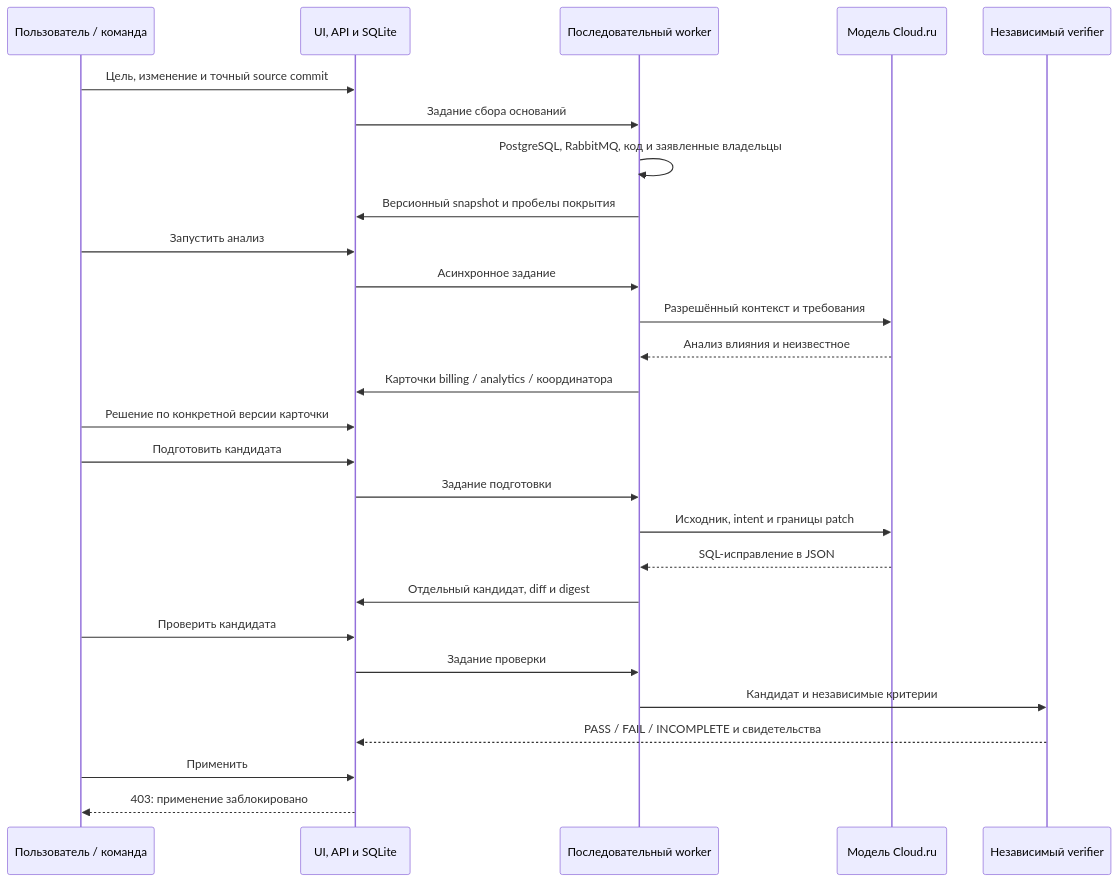
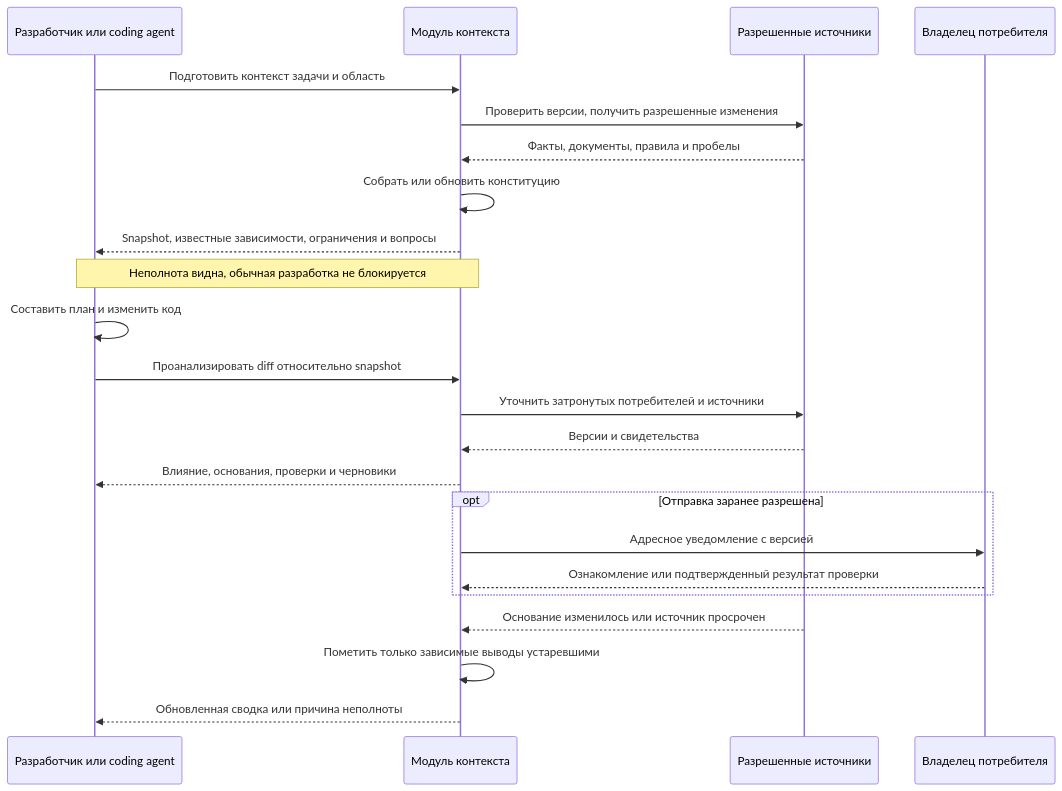
Before and after one commit to rengalaxies/agent: the fourth of 9 diagrams in docs/product-architecture-2026-10-20.md, drawn with Mermaid. The commit also changed other lines of this file and 23 other files, not shown here.

Commit message:
docs: revise advisory architecture and pre-task constitution with nine validated diagrams

````diff
--- a/docs/product-architecture-2026-10-20.md
+++ b/docs/product-architecture-2026-10-20.md
@@ -97,29 +173,25 @@
 ```mermaid
 sequenceDiagram
-  participant U as Пользователь / команда
-  participant A as UI, API и SQLite
-  participant W as Последовательный worker
-  participant M as Модель Cloud.ru
-  participant V as Независимый verifier
-  U->>A: Цель, изменение и точный source commit
-  A->>W: Задание сбора оснований
-  W->>W: PostgreSQL, RabbitMQ, код и заявленные владельцы
-  W->>A: Версионный snapshot и пробелы покрытия
-  U->>A: Запустить анализ
-  A->>W: Асинхронное задание
-  W->>M: Разрешённый контекст и требования
-  M-->>W: Анализ влияния и неизвестное
-  W->>A: Карточки billing / analytics / координатора
-  U->>A: Решение по конкретной версии карточки
-  U->>A: Подготовить кандидата
-  A->>W: Задание подготовки
-  W->>M: Исходник, intent и границы patch
-  M-->>W: SQL-исправление в JSON
-  W->>A: Отдельный кандидат, diff и digest
-  U->>A: Проверить кандидата
-  A->>W: Задание проверки
-  W->>V: Кандидат и независимые критерии
-  V-->>A: PASS / FAIL / INCOMPLETE и свидетельства
-  U->>A: Применить
-  A-->>U: 403: применение заблокировано
+  participant A as Разработчик или coding agent
+  participant M as Модуль контекста
+  participant S as Разрешенные источники
+  participant O as Владелец потребителя
+  A->>M: Подготовить контекст задачи и область
+  M->>S: Проверить версии, получить разрешенные изменения
+  S-->>M: Факты, документы, правила и пробелы
+  M->>M: Собрать или обновить конституцию
+  M-->>A: Snapshot, известные зависимости, ограничения и вопросы
+  Note over A,M: Неполнота видна, обычная разработка не блокируется
+  A->>A: Составить план и изменить код
+  A->>M: Проанализировать diff относительно snapshot
+  M->>S: Уточнить затронутых потребителей и источники
+  S-->>M: Версии и свидетельства
+  M-->>A: Влияние, основания, проверки и черновики
+  opt Отправка заранее разрешена
+    M->>O: Адресное уведомление с версией
+    O-->>M: Ознакомление или подтвержденный результат проверки
+  end
+  S-->>M: Основание изменилось или источник просрочен
+  M->>M: Пометить только зависимые выводы устаревшими
+  M-->>A: Обновленная сводка или причина неполноты
 ```
````
